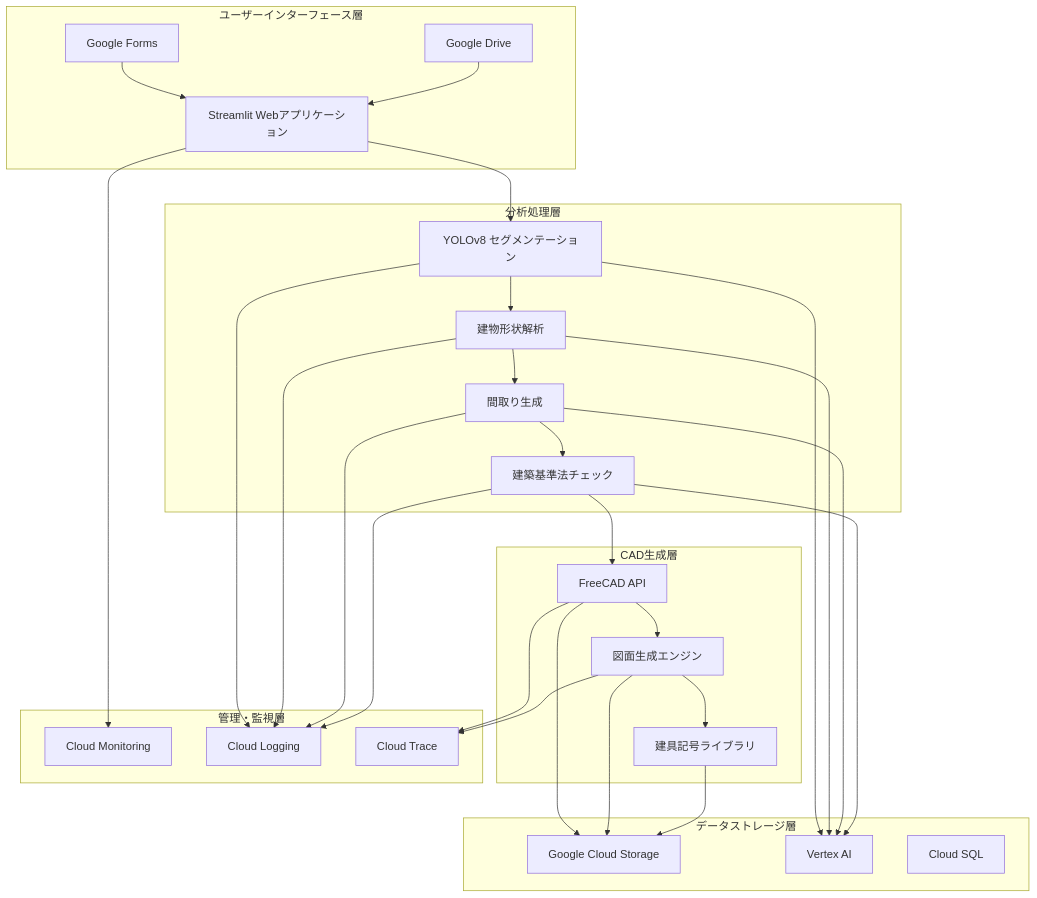
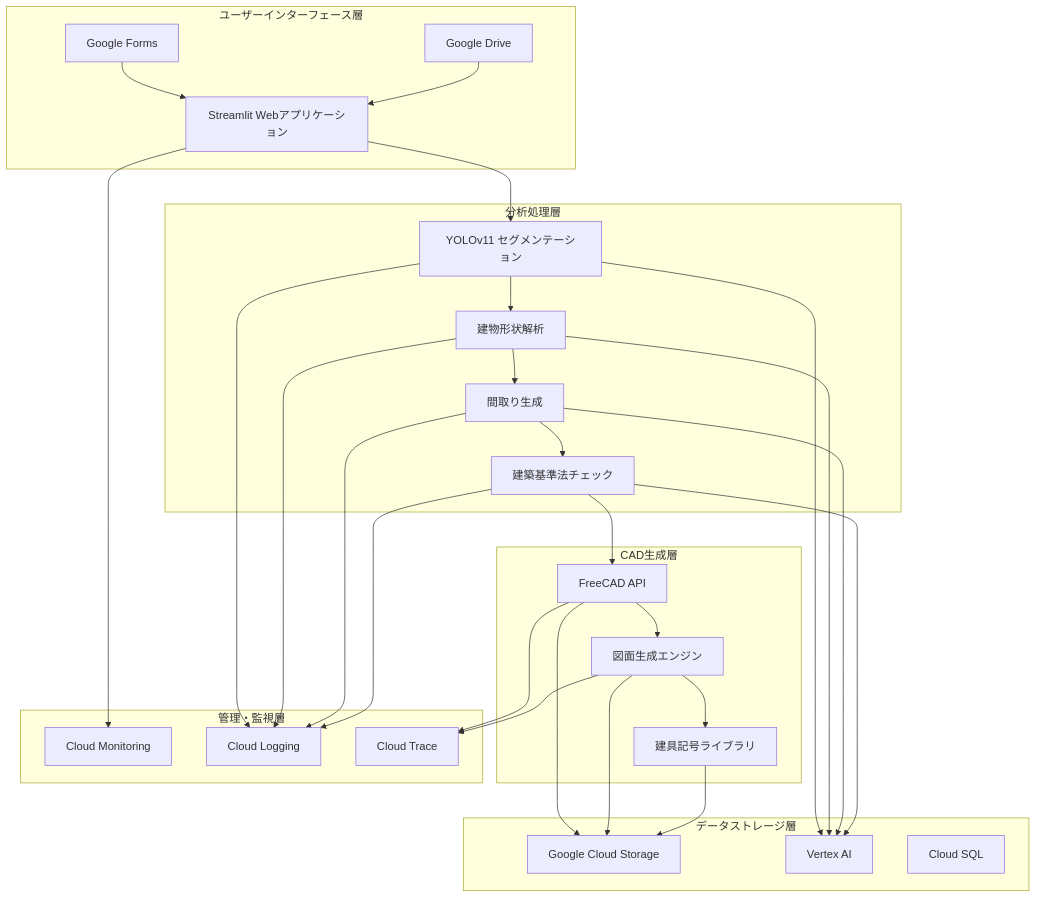
Before and after one commit to terisuke/house-design-ai: the first of 4 diagrams in DOCS/0407/0407systemstructure.md, drawn with Mermaid. The commit also changed 9 other files, not shown here.

````diff
--- a/DOCS/0407/0407systemstructure.md
+++ b/DOCS/0407/0407systemstructure.md
@@ -5,57 +5,57 @@
 ```mermaid
 graph TB
     subgraph "ユーザーインターフェース層"
         A[Streamlit Webアプリケーション]
         B[Google Forms]
         C[Google Drive]
     end
 
     subgraph "分析処理層"
-        D[YOLOv8 セグメンテーション]
+        D[YOLOv11 セグメンテーション]
         E[建物形状解析]
         F[間取り生成]
         G[建築基準法チェック]
     end
 
     subgraph "CAD生成層"
         H[FreeCAD API]
         I[図面生成エンジン]
         J[建具記号ライブラリ]
     end
 
     subgraph "データストレージ層"
         K[Google Cloud Storage]
         L[Vertex AI]
         M[Cloud SQL]
     end
 
     subgraph "管理・監視層"
         N[Cloud Monitoring]
         O[Cloud Logging]
         P[Cloud Trace]
     end
 
     A --> D
     B --> A
     C --> A
     D --> E
     E --> F
     F --> G
     G --> H
     H --> I
     I --> J
     D --> L
     E --> L
     F --> L
     G --> L
     H --> K
     I --> K
     J --> K
     A --> N
     D --> O
     E --> O
     F --> O
     G --> O
     H --> P
     I --> P
 ```
````
